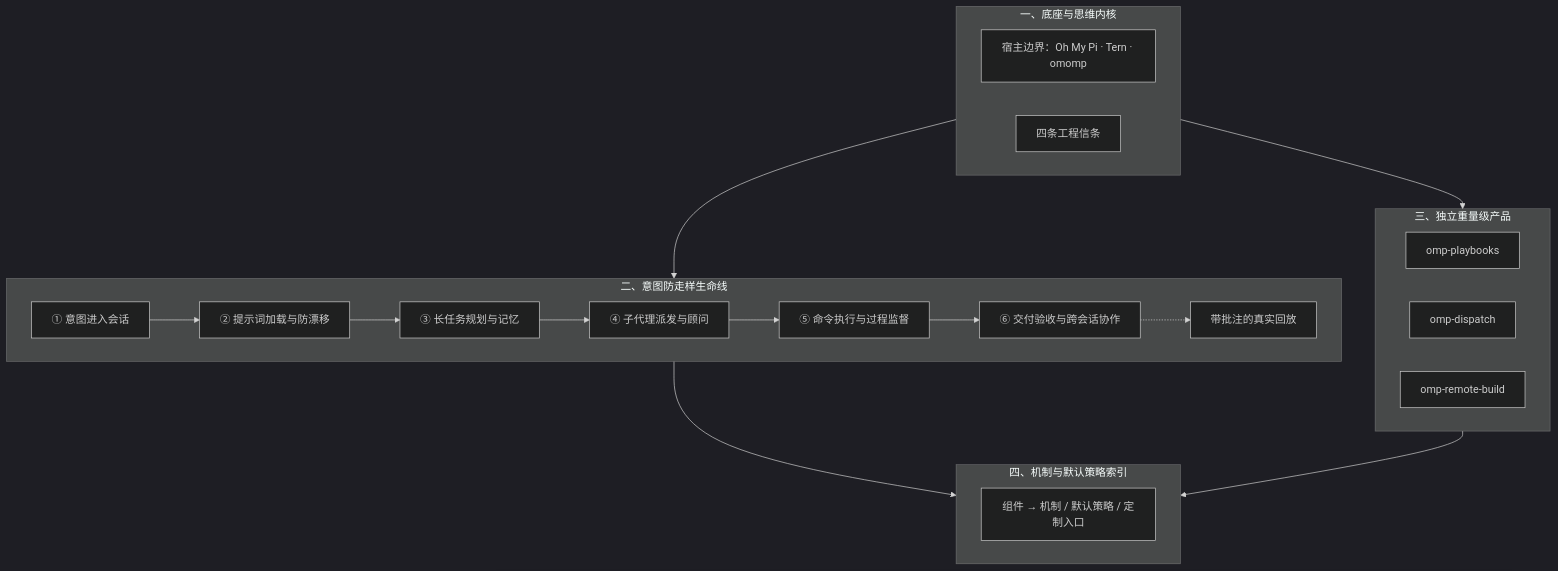
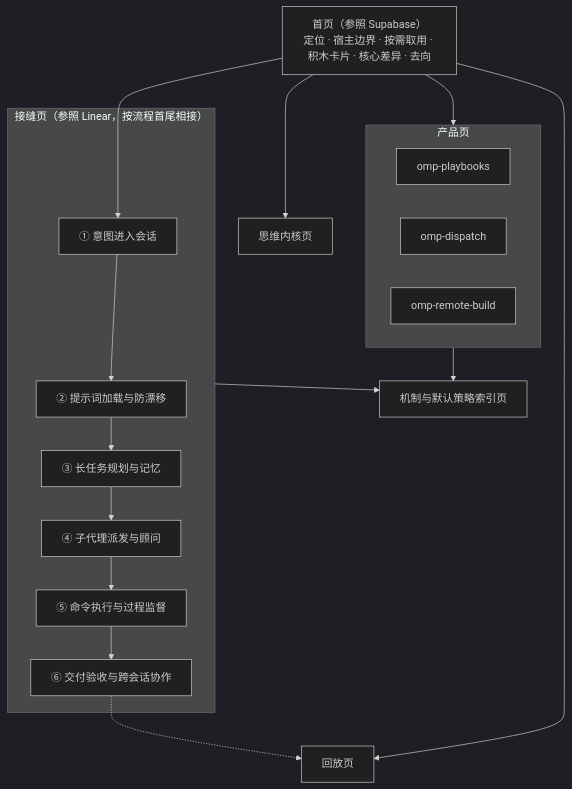
One commit to oh-my-omp/omomp-site changed the diagram in docs/content-design.md. Above: the diagram before and after it, drawn with Mermaid (dark theme). The commit also changed other lines of this file, not shown here.

Commit message:
docs: split visual baseline into Supabase homepage and Linear inner pages

````diff
--- a/docs/content-design.md
+++ b/docs/content-design.md
@@ -23,27 +27,23 @@
 ```mermaid
 flowchart TB
-  subgraph P1["一、底座与思维内核"]
-    Host["宿主边界：Oh My Pi · Tern · omomp"]
-    Tenets["四条工程信条"]
-  end
-  subgraph P2["二、意图防走样生命线"]
+  Home["首页（参照 Supabase）<br/>定位 · 宿主边界 · 按需取用 · 积木卡片 · 核心差异 · 去向"]
+  Home --> Tenets["思维内核页"]
+  Home --> S1
+  subgraph Seams["接缝页（参照 Linear，按流程首尾相接）"]
     S1["① 意图进入会话"] --> S2["② 提示词加载与防漂移"]
     S2 --> S3["③ 长任务规划与记忆"]
     S3 --> S4["④ 子代理派发与顾问"]
     S4 --> S5["⑤ 命令执行与过程监督"]
     S5 --> S6["⑥ 交付验收与跨会话协作"]
-    S6 -.-> Replay["带批注的真实回放"]
   end
-  subgraph P3["三、独立重量级产品"]
+  S6 -.-> Replay["回放页"]
+  Home --> Replay
+  subgraph Products["产品页"]
     PB["omp-playbooks"]
     DP["omp-dispatch"]
     RB["omp-remote-build"]
   end
-  subgraph P4["四、机制与默认策略索引"]
-    Idx["组件 → 机制 / 默认策略 / 定制入口"]
-  end
-  P1 --> P2
-  P1 --> P3
-  P2 --> P4
-  P3 --> P4
+  Home --> Products
+  Seams --> Idx["机制与默认策略索引页"]
+  Products --> Idx
 ```
````
